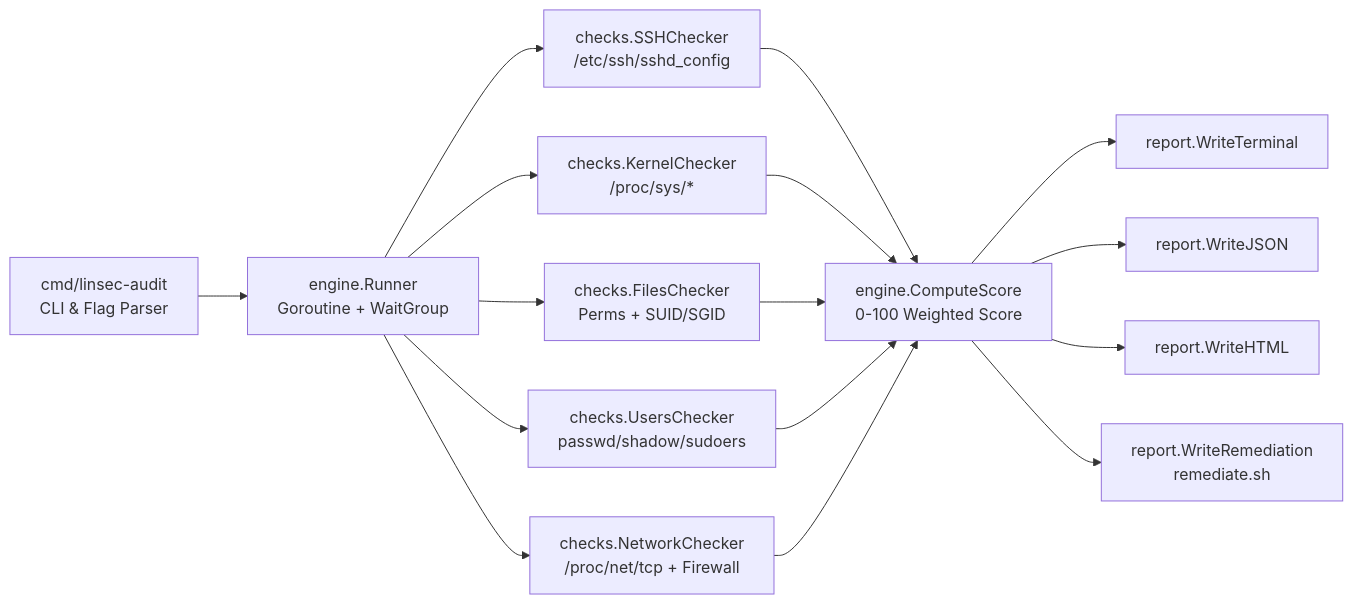
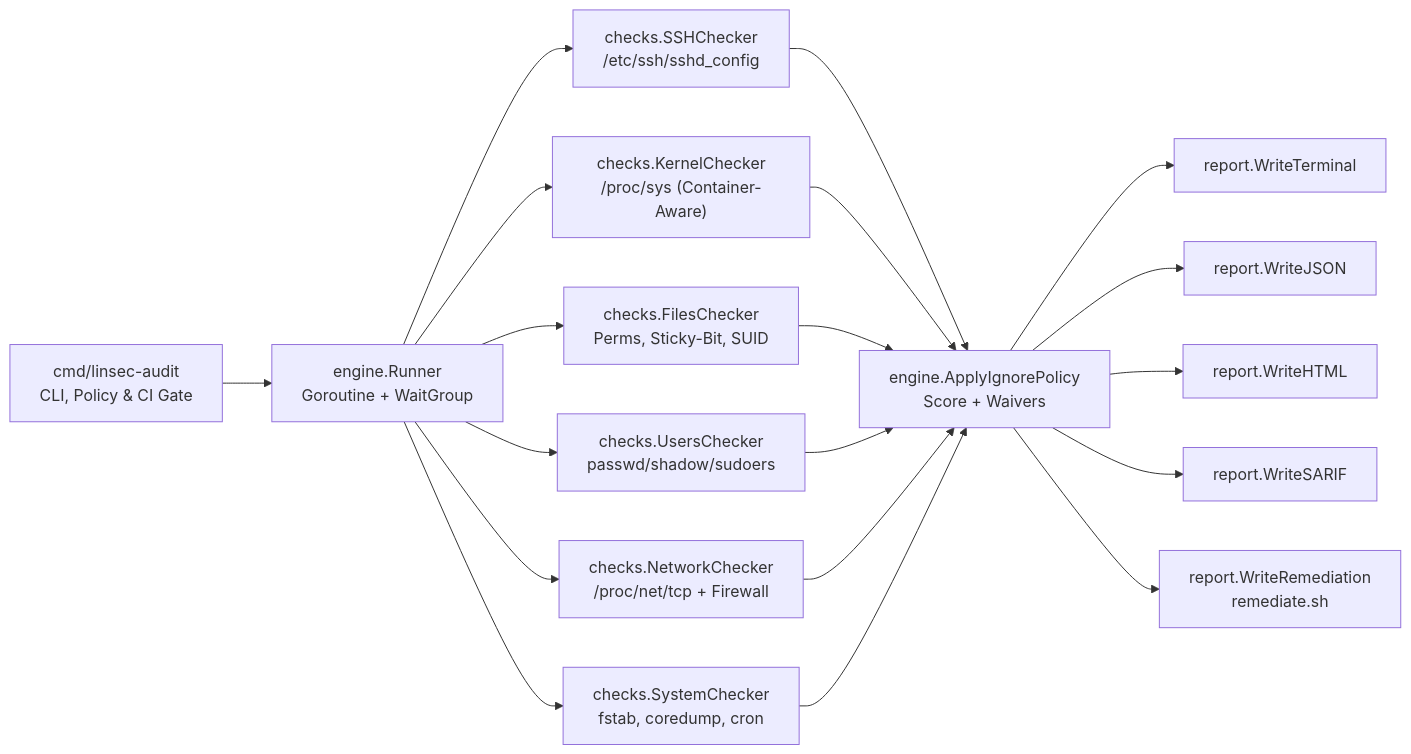
Before and after one commit to mustafainci067-cell/linsec-audit: the diagram in README.md, drawn with Mermaid. The commit also changed other lines of this file and 1 other file, not shown here.

Commit message:
docs,docker: document new flags, system rules, and verify container lab

````diff
--- a/README.md
+++ b/README.md
@@ -25,14 +28,16 @@
 ```mermaid
 flowchart LR
-    CLI["cmd/linsec-audit<br/>CLI & Flag Parser"] --> Runner["engine.Runner<br/>Goroutine + WaitGroup"]
+    CLI["cmd/linsec-audit<br/>CLI, Policy & CI Gate"] --> Runner["engine.Runner<br/>Goroutine + WaitGroup"]
     Runner --> SSH["checks.SSHChecker<br/>/etc/ssh/sshd_config"]
-    Runner --> KRN["checks.KernelChecker<br/>/proc/sys/*"]
-    Runner --> FIL["checks.FilesChecker<br/>Perms + SUID/SGID"]
+    Runner --> KRN["checks.KernelChecker<br/>/proc/sys (Container-Aware)"]
+    Runner --> FIL["checks.FilesChecker<br/>Perms, Sticky-Bit, SUID"]
     Runner --> USR["checks.UsersChecker<br/>passwd/shadow/sudoers"]
     Runner --> NET["checks.NetworkChecker<br/>/proc/net/tcp + Firewall"]
-    SSH & KRN & FIL & USR & NET --> Scorer["engine.ComputeScore<br/>0-100 Weighted Score"]
-    Scorer --> Term["report.WriteTerminal"]
-    Scorer --> JSON["report.WriteJSON"]
-    Scorer --> HTML["report.WriteHTML"]
-    Scorer --> Fix["report.WriteRemediation<br/>remediate.sh"]
+    Runner --> SYS["checks.SystemChecker<br/>fstab, coredump, cron"]
+    SSH & KRN & FIL & USR & NET & SYS --> Waiver["engine.ApplyIgnorePolicy<br/>Score + Waivers"]
+    Waiver --> Term["report.WriteTerminal"]
+    Waiver --> JSON["report.WriteJSON"]
+    Waiver --> HTML["report.WriteHTML"]
+    Waiver --> SARIF["report.WriteSARIF"]
+    Waiver --> Fix["report.WriteRemediation<br/>remediate.sh"]
 ```
````
